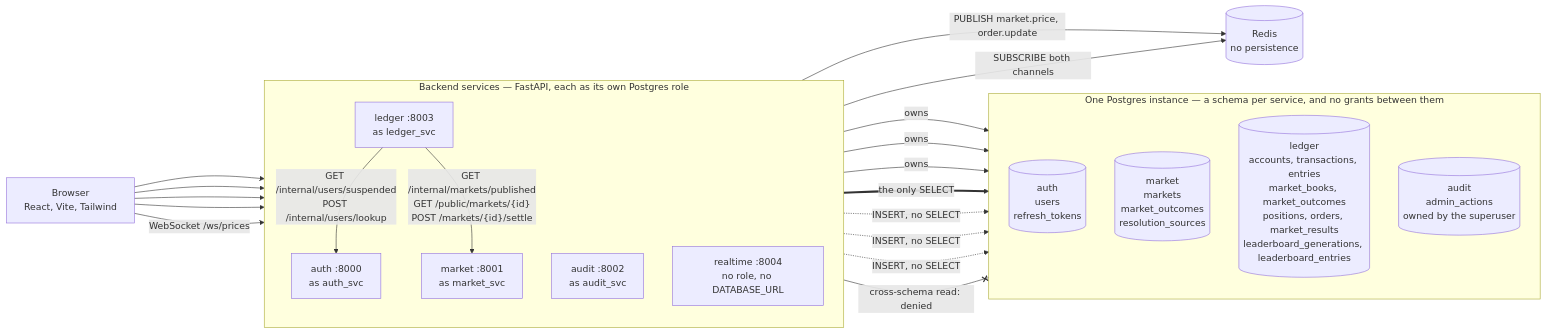
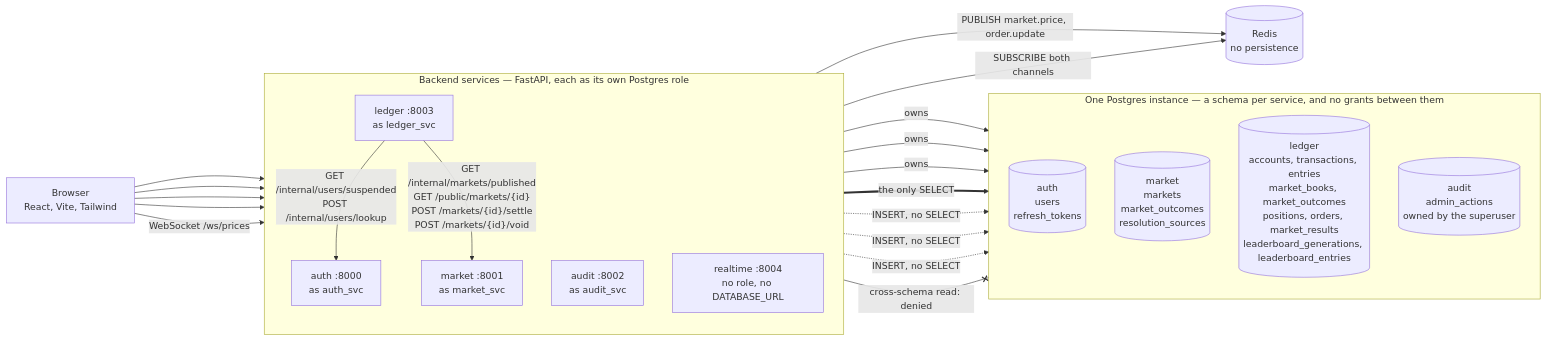
The first of 4 diagrams in docs/architecture.md (decker757/CS464), drawn with Mermaid before and after one commit. The commit also changed other lines of this file, not shown here.

First line of the commit message:
docs(architecture): the void call, the trade's 201 and first-touch terms pull, and the ledger ERD's keys (#672)

````diff
--- a/docs/architecture.md
+++ b/docs/architecture.md
@@ -24,46 +24,46 @@
 ```mermaid
 flowchart LR
     browser["Browser<br/>React, Vite, Tailwind"]
 
     subgraph svc["Backend services — FastAPI, each as its own Postgres role"]
         direction TB
         auth["auth :8000<br/>as auth_svc"]
         market["market :8001<br/>as market_svc"]
         ledger["ledger :8003<br/>as ledger_svc"]
         audit["audit :8002<br/>as audit_svc"]
         realtime["realtime :8004<br/>no role, no DATABASE_URL"]
     end
 
     subgraph pg["One Postgres instance — a schema per service, and no grants between them"]
         direction TB
         sAuth[("auth<br/>users<br/>refresh_tokens")]
         sMarket[("market<br/>markets<br/>market_outcomes<br/>resolution_sources")]
         sLedger[("ledger<br/>accounts, transactions, entries<br/>market_books, market_outcomes<br/>positions, orders, market_results<br/>leaderboard_generations, leaderboard_entries")]
         sAudit[("audit<br/>admin_actions<br/>owned by the superuser")]
     end
 
     redis[("Redis<br/>no persistence")]
 
     browser --> auth
     browser --> market
     browser --> ledger
     browser --> audit
     browser -->|"WebSocket /ws/prices"| realtime
 
     ledger -->|"GET /internal/users/suspended<br/>POST /internal/users/lookup"| auth
-    ledger -->|"GET /internal/markets/published<br/>GET /public/markets/{id}<br/>POST /markets/{id}/settle"| market
+    ledger -->|"GET /internal/markets/published<br/>GET /public/markets/{id}<br/>POST /markets/{id}/settle<br/>POST /markets/{id}/void"| market
 
     auth -->|owns| sAuth
     market -->|owns| sMarket
     ledger -->|owns| sLedger
     audit ==>|"the only SELECT"| sAudit
 
     auth -.->|"INSERT, no SELECT"| sAudit
     market -.->|"INSERT, no SELECT"| sAudit
     ledger -.->|"INSERT, no SELECT"| sAudit
 
     market --x|"cross-schema read: denied"| sAuth
 
     ledger -->|"PUBLISH market.price, order.update"| redis
     realtime -->|"SUBSCRIBE both channels"| redis
 ```
````
